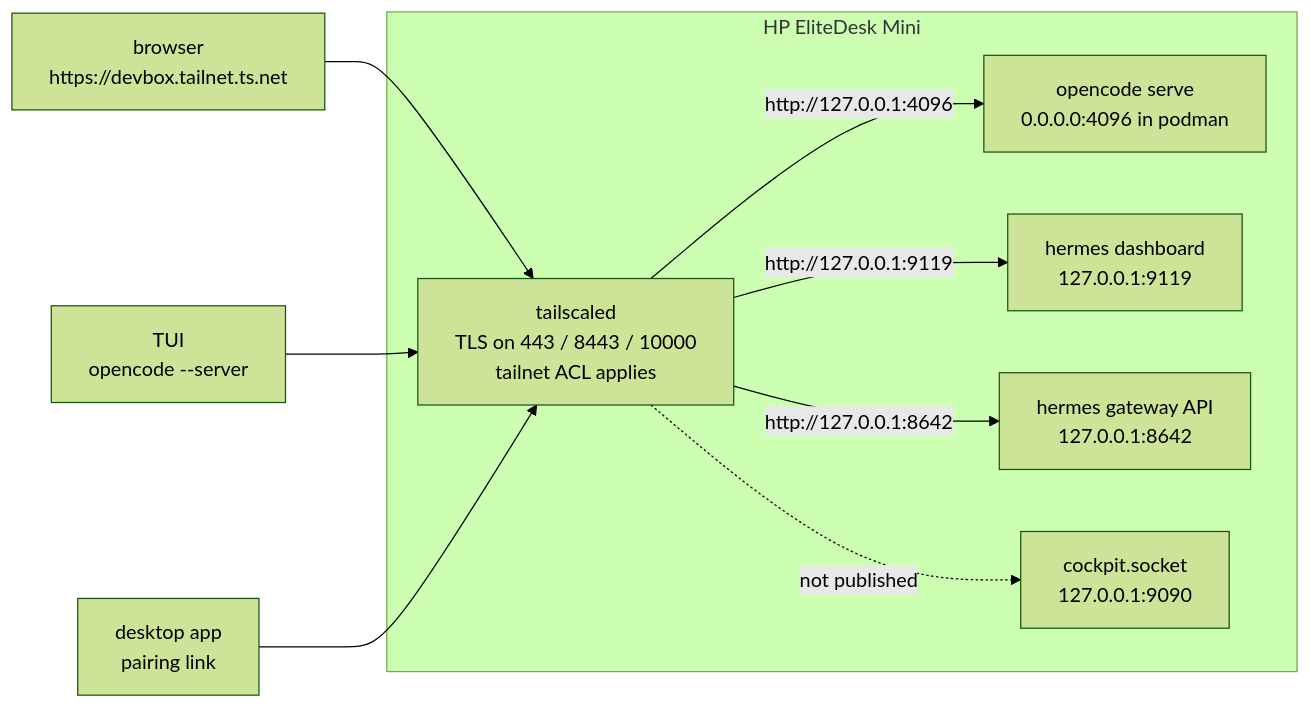
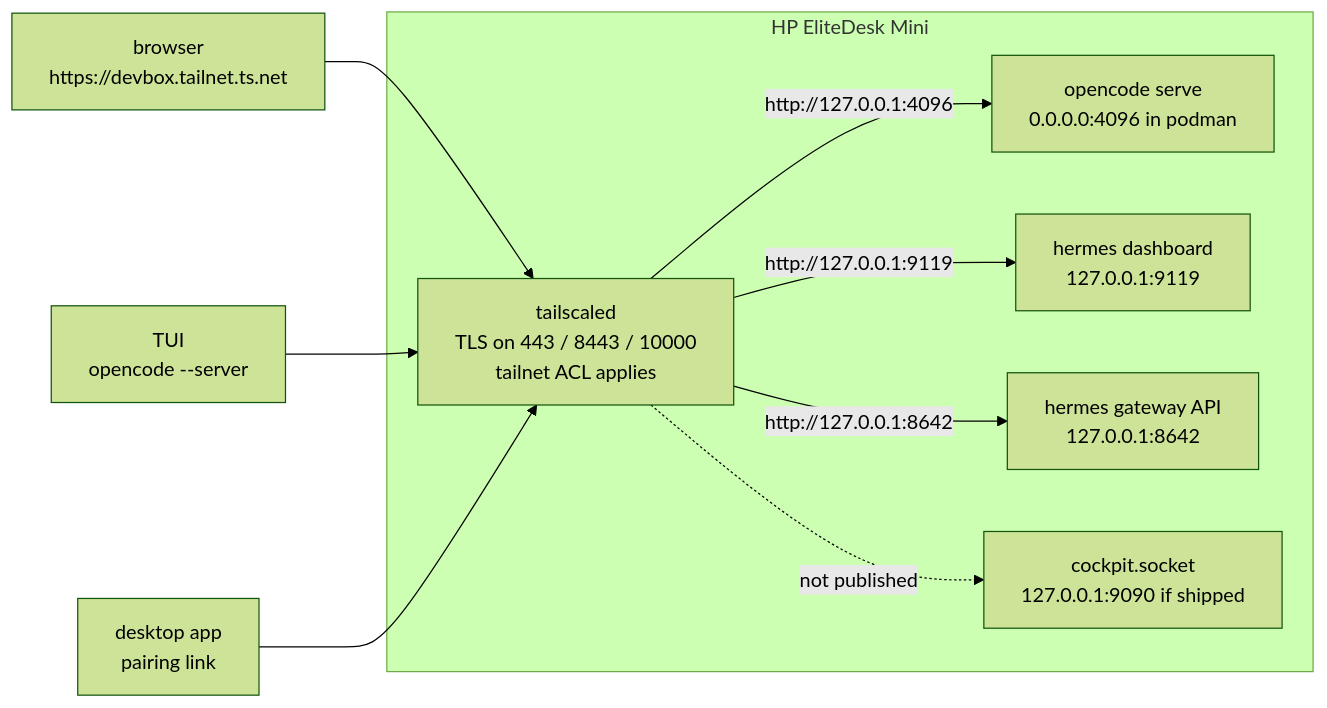
Before and after one commit to ultus-net/devbox-oc: the diagram in docs/web-access.md, drawn with Mermaid (forest theme). The commit also changed other lines of this file and 5 other files, not shown here.

First line of the commit message:
docs: record that ucore-minimal ships no Cockpit socket

````diff
--- a/docs/web-access.md
+++ b/docs/web-access.md
@@ -34,17 +34,17 @@
 ```mermaid
 flowchart LR
   B["browser<br/>https://devbox.tailnet.ts.net"] --> TS
   TUI["TUI<br/>opencode --server"] --> TS
   APP["desktop app<br/>pairing link"] --> TS
   subgraph BOX["HP EliteDesk Mini"]
     TS["tailscaled<br/>TLS on 443 / 8443 / 10000<br/>tailnet ACL applies"]
     OC["opencode serve<br/>0.0.0.0:4096 in podman"]
     HD["hermes dashboard<br/>127.0.0.1:9119"]
     HA["hermes gateway API<br/>127.0.0.1:8642"]
-    CP["cockpit.socket<br/>127.0.0.1:9090"]
+    CP["cockpit.socket<br/>127.0.0.1:9090 if shipped"]
     TS -->|"http://127.0.0.1:4096"| OC
     TS -->|"http://127.0.0.1:9119"| HD
     TS -->|"http://127.0.0.1:8642"| HA
     TS -. "not published" .-> CP
   end
 ```
````
